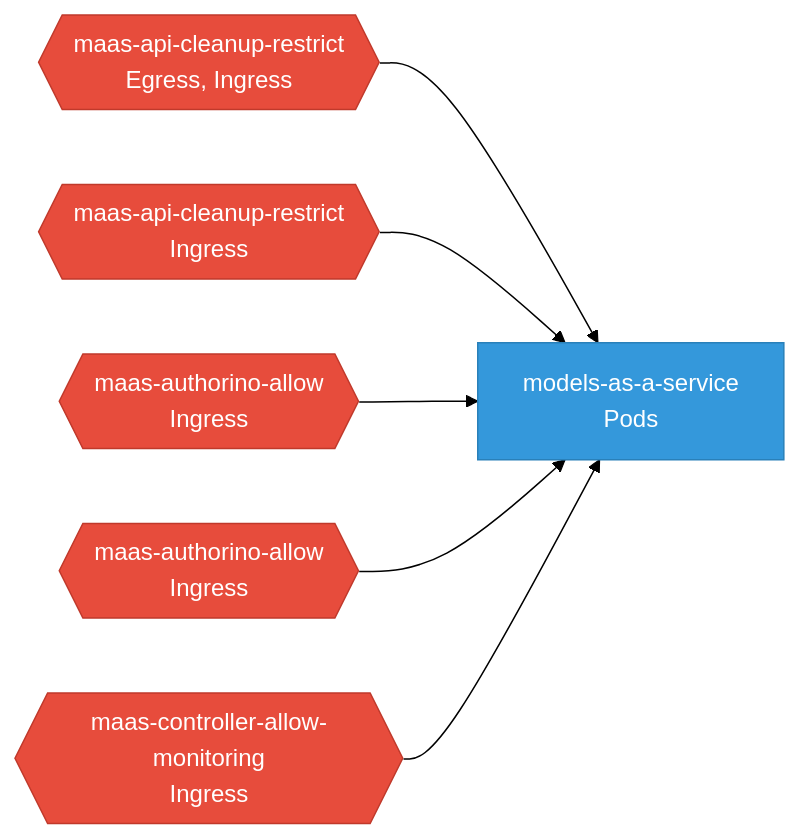
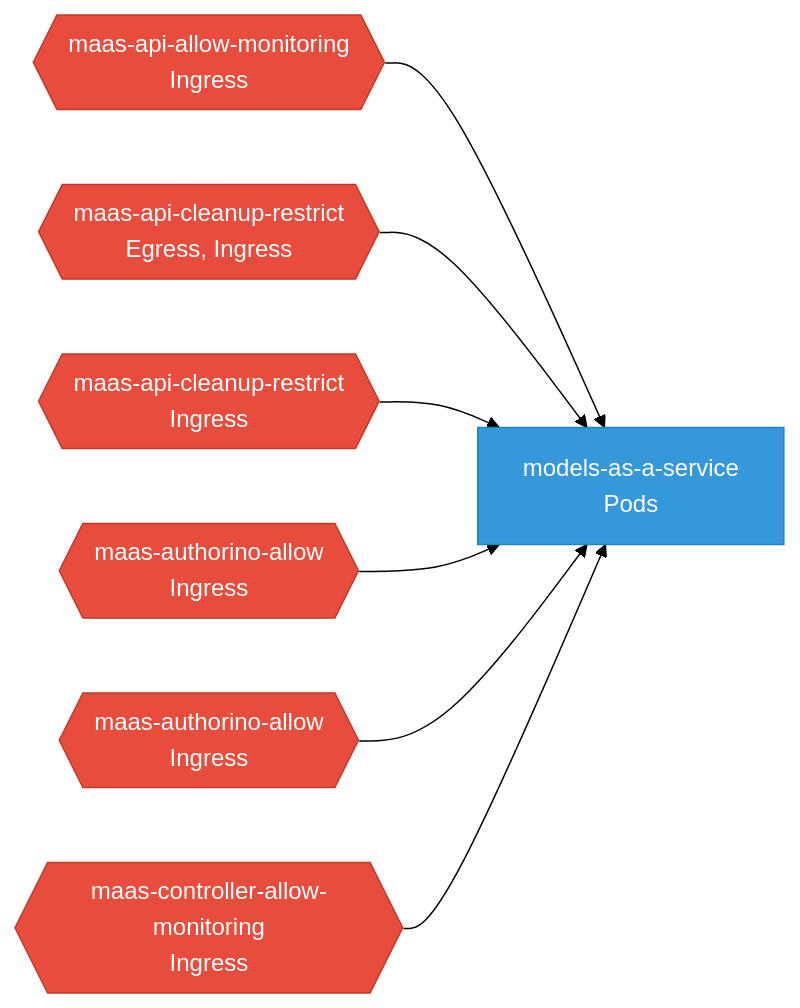
Before and after one commit to ugiordan/architecture-analyzer: the second of 2 diagrams in site/docs/odh-platform/components/models_as_a_service/network.md, drawn with Mermaid (forest theme). The commit also changed other lines of this file and 299 other files, not shown here.

````diff
--- a/site/docs/odh-platform/components/models_as_a_service/network.md
+++ b/site/docs/odh-platform/components/models_as_a_service/network.md
@@ -47,18 +48,20 @@
 ```mermaid
 graph LR
     classDef policy fill:#e74c3c,stroke:#c0392b,color:#fff
     classDef pod fill:#3498db,stroke:#2980b9,color:#fff
     classDef external fill:#95a5a6,stroke:#7f8c8d,color:#fff
 
     models_as_a_service["models-as-a-service\nPods"]:::pod
-    np_0_maas_api_cleanup_restrict{{"maas-api-cleanup-restrict\nEgress, Ingress"}}:::policy
-    np_0_maas_api_cleanup_restrict --> models_as_a_service
-    np_1_maas_api_cleanup_restrict{{"maas-api-cleanup-restrict\nIngress"}}:::policy
+    np_0_maas_api_allow_monitoring{{"maas-api-allow-monitoring\nIngress"}}:::policy
+    np_0_maas_api_allow_monitoring --> models_as_a_service
+    np_1_maas_api_cleanup_restrict{{"maas-api-cleanup-restrict\nEgress, Ingress"}}:::policy
     np_1_maas_api_cleanup_restrict --> models_as_a_service
-    np_2_maas_authorino_allow{{"maas-authorino-allow\nIngress"}}:::policy
-    np_2_maas_authorino_allow --> models_as_a_service
+    np_2_maas_api_cleanup_restrict{{"maas-api-cleanup-restrict\nIngress"}}:::policy
+    np_2_maas_api_cleanup_restrict --> models_as_a_service
     np_3_maas_authorino_allow{{"maas-authorino-allow\nIngress"}}:::policy
     np_3_maas_authorino_allow --> models_as_a_service
-    np_4_maas_controller_allow_monitoring{{"maas-controller-allow-monitoring\nIngress"}}:::policy
-    np_4_maas_controller_allow_monitoring --> models_as_a_service
+    np_4_maas_authorino_allow{{"maas-authorino-allow\nIngress"}}:::policy
+    np_4_maas_authorino_allow --> models_as_a_service
+    np_5_maas_controller_allow_monitoring{{"maas-controller-allow-monitoring\nIngress"}}:::policy
+    np_5_maas_controller_allow_monitoring --> models_as_a_service
 ```
````
